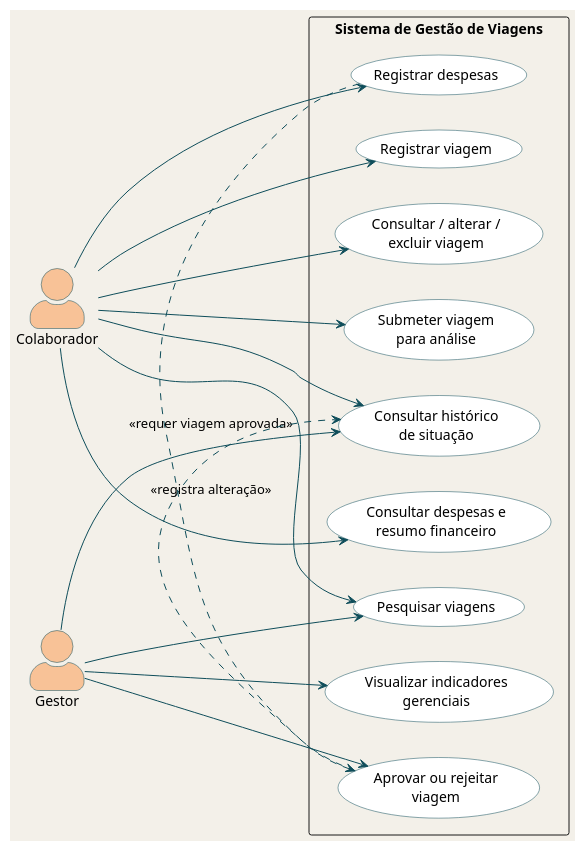
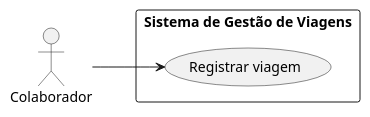
Before and after one commit to gabrielhochmann-academic/es2-travel-management: the diagram in docs/casos-de-uso/diagrama-caso-de-uso.puml, drawn with PlantUML. The commit also changed 20 other files, not shown here.

```diff
--- a/docs/casos-de-uso/diagrama-caso-de-uso.puml
+++ b/docs/casos-de-uso/diagrama-caso-de-uso.puml
@@ -1,45 +1,14 @@
 @startuml
 left to right direction
-skinparam backgroundColor #F3F0E9
+skinparam shadowing false
 skinparam packageStyle rectangle
-skinparam shadowing false
-skinparam actorStyle awesome
-skinparam usecase {
-  BackgroundColor #FFFFFF
-  BorderColor #0E4D5A
-  ArrowColor #0E4D5A
-}
-skinparam actor {
-  BorderColor #0E4D5A
-  BackgroundColor #F8C297
+skinparam actorStyle stickman
+
+actor "Colaborador" as Colaborador
+
+rectangle "Sistema de Gestão de Viagens" {
+  usecase "Registrar viagem" as UC01
 }
 
-actor "Colaborador" as Colaborador
-actor "Gestor" as Gestor
-
-rectangle "Sistema de Gestão de Viagens" {
-  usecase "Registrar viagem" as UC1
-  usecase "Consultar / alterar /\nexcluir viagem" as UC2
-  usecase "Submeter viagem\npara análise" as UC3
-  usecase "Aprovar ou rejeitar\nviagem" as UC4
-  usecase "Consultar histórico\nde situação" as UC5
-  usecase "Registrar despesas" as UC6
-  usecase "Consultar despesas e\nresumo financeiro" as UC7
-  usecase "Pesquisar viagens" as UC8
-  usecase "Visualizar indicadores\ngerenciais" as UC9
-}
-
-Colaborador --> UC1
-Colaborador --> UC2
-Colaborador --> UC3
-Colaborador --> UC5
-Colaborador --> UC6
-Colaborador --> UC7
-Colaborador --> UC8
-Gestor --> UC4
-Gestor --> UC5
-Gestor --> UC8
-Gestor --> UC9
-UC6 .> UC4 : <<requer viagem aprovada>>
-UC4 .> UC5 : <<registra alteração>>
+Colaborador --> UC01
 @enduml
```
